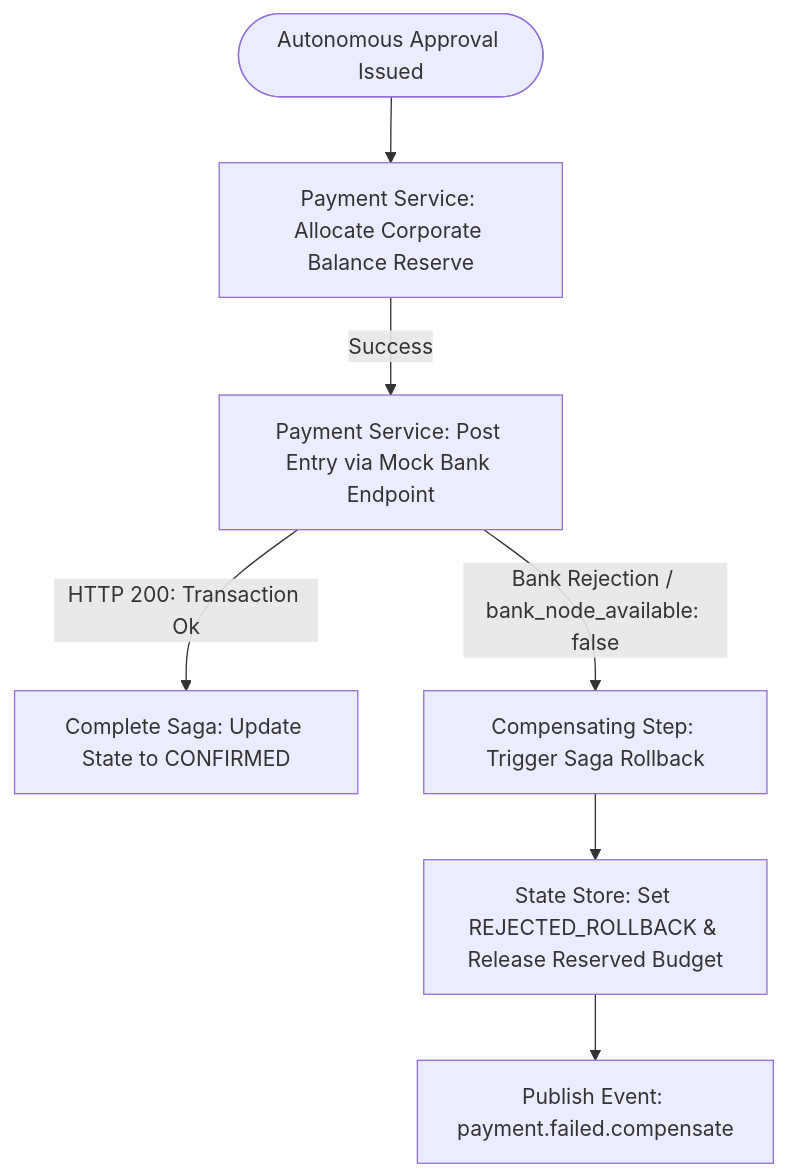
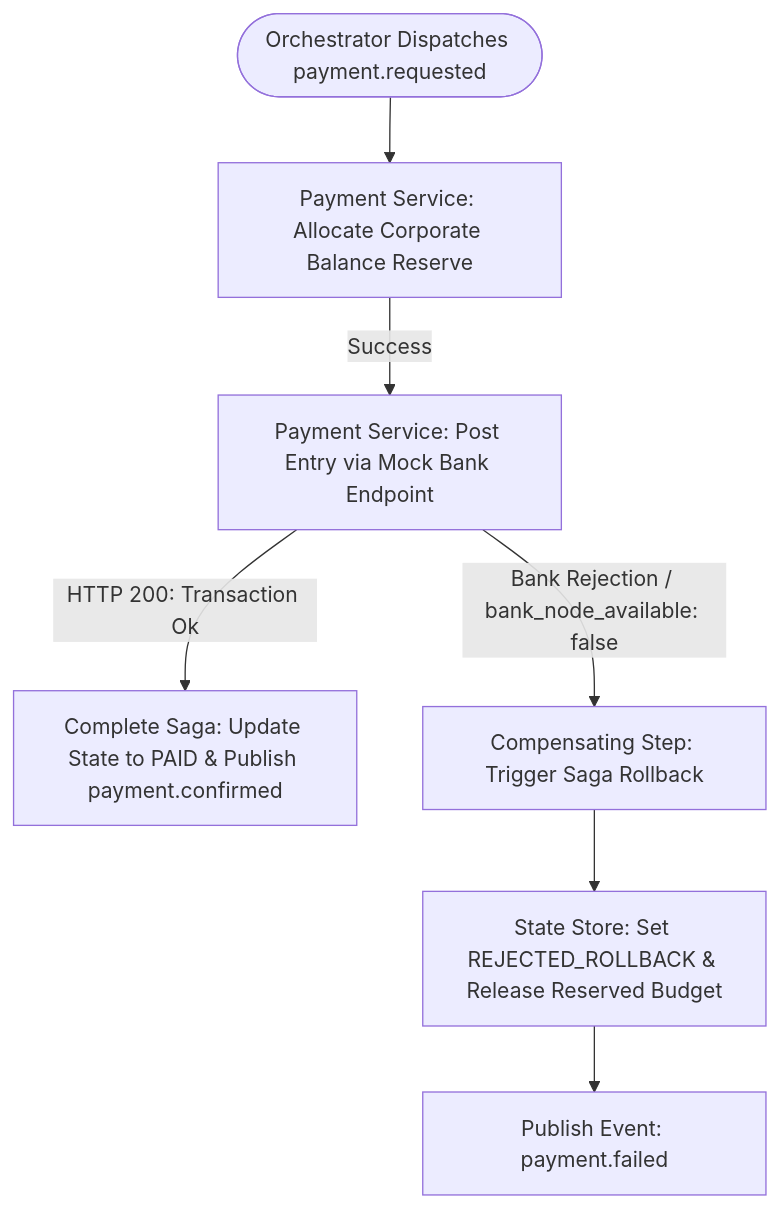
The fourth of 4 diagrams in docs/ARCHITECTURE.md (roman-shneer/InvoiceApprovalFlow), drawn with Mermaid before and after one commit. The commit also changed other lines of this file and 11 other files, not shown here.

Commit message:
feat(orchestrator) created orchestrator service as solution for scalability and failed in process invoices

````diff
--- a/docs/ARCHITECTURE.md
+++ b/docs/ARCHITECTURE.md
@@ -126,11 +141,11 @@
 ```mermaid
 graph TD
-    Trigger([Autonomous Approval Issued]) --> Step1[Payment Service: Allocate Corporate Balance Reserve]
+    Trigger([Orchestrator Dispatches payment.requested]) --> Step1[Payment Service: Allocate Corporate Balance Reserve]
     Step1 -->|Success| Step2[Payment Service: Post Entry via Mock Bank Endpoint]
-    Step2 -->|HTTP 200: Transaction Ok| Commit[Complete Saga: Update State to CONFIRMED]
+    Step2 -->|HTTP 200: Transaction Ok| Commit[Complete Saga: Update State to PAID & Publish payment.confirmed]
     
     %% Failure Exception Pathways
     Step2 -->|Bank Rejection / bank_node_available: false| Comp1[Compensating Step: Trigger Saga Rollback]
     Comp1 --> Reset[State Store: Set REJECTED_ROLLBACK & Release Reserved Budget]
-    Reset --> Emit[Publish Event: payment.failed.compensate]
+    Reset --> Emit[Publish Event: payment.failed]
 ```
````
